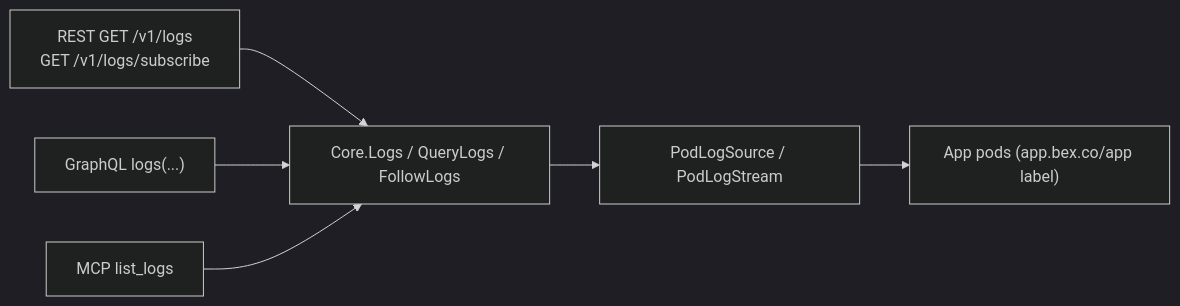
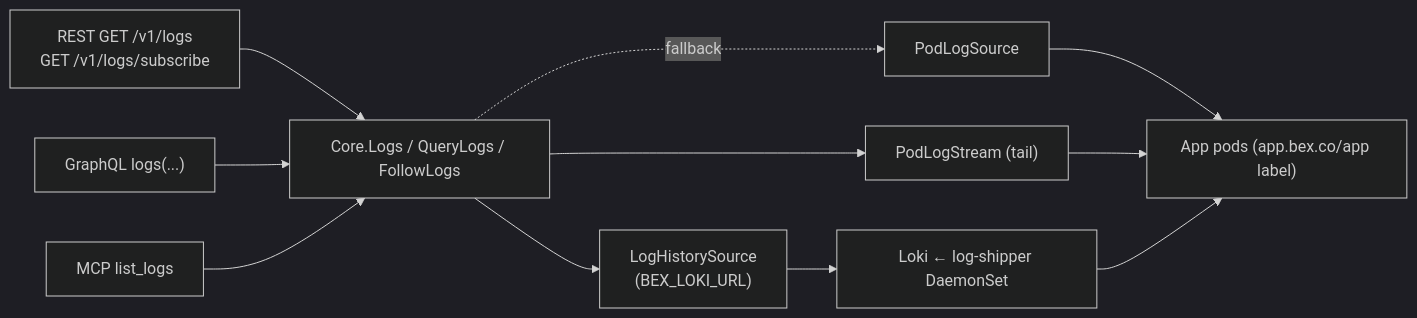
The first of 2 diagrams in docs/observability.md (cuckoo-network/cuckoo), drawn with Mermaid (dark theme) before and after one commit. The commit also changed other lines of this file and 16 other files, not shown here.

````diff
--- a/docs/observability.md
+++ b/docs/observability.md
@@ -11,8 +11,13 @@
 ```mermaid
 flowchart LR
   rest["REST GET /v1/logs<br/>GET /v1/logs/subscribe"] --> core
   gql["GraphQL logs(...)"] --> core
   mcp["MCP list_logs"] --> core
-  core["Core.Logs / QueryLogs / FollowLogs"] --> src["PodLogSource / PodLogStream"]
+  core["Core.Logs / QueryLogs / FollowLogs"] --> hist["LogHistorySource<br/>(BEX_LOKI_URL)"]
+  core -.fallback.-> src["PodLogSource"]
+  core --> stream["PodLogStream (tail)"]
+  hist --> loki["Loki ← log-shipper DaemonSet"]
   src --> pods["App pods (app.bex.co/app label)"]
+  stream --> pods
+  loki --> pods
 ```
````
